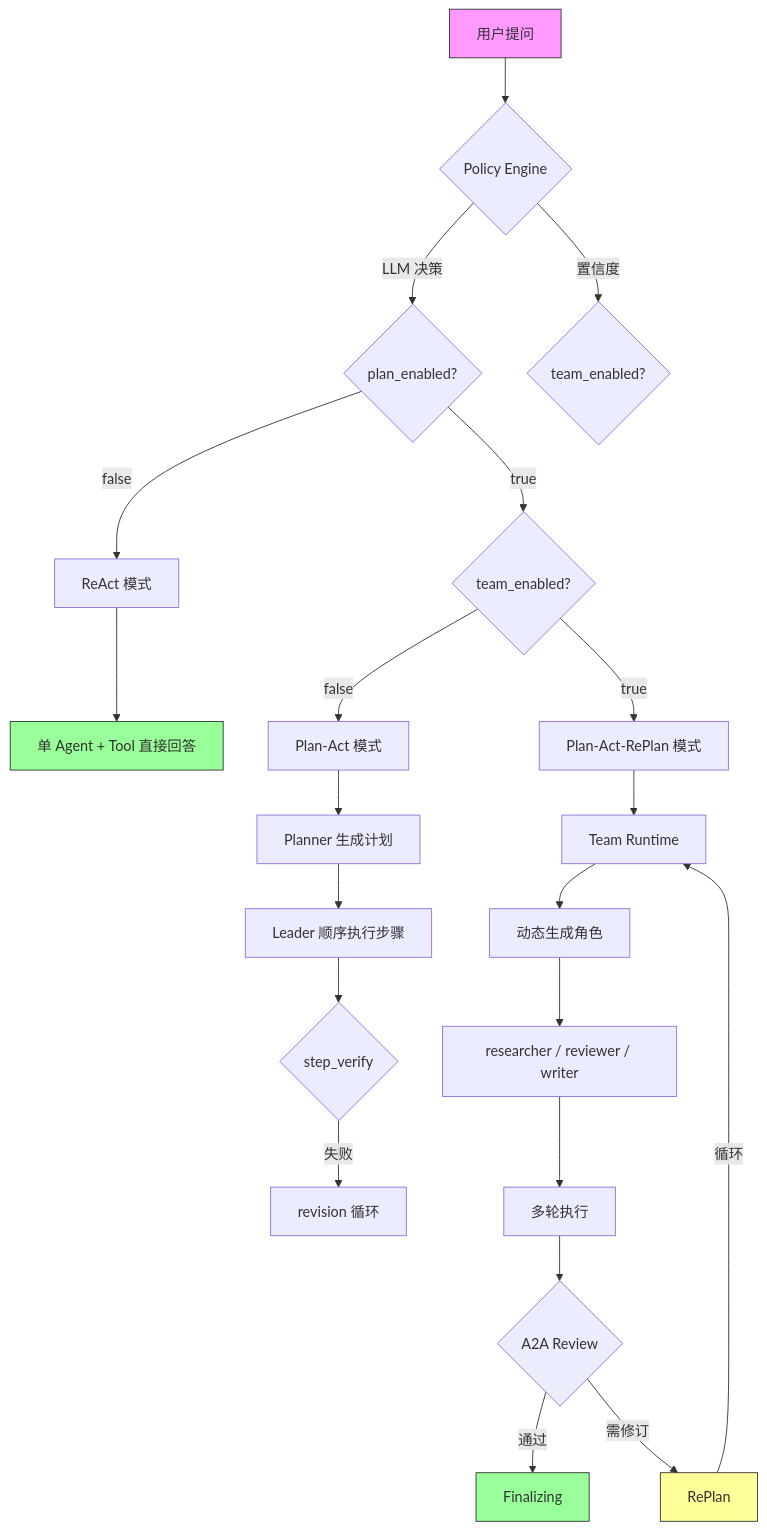
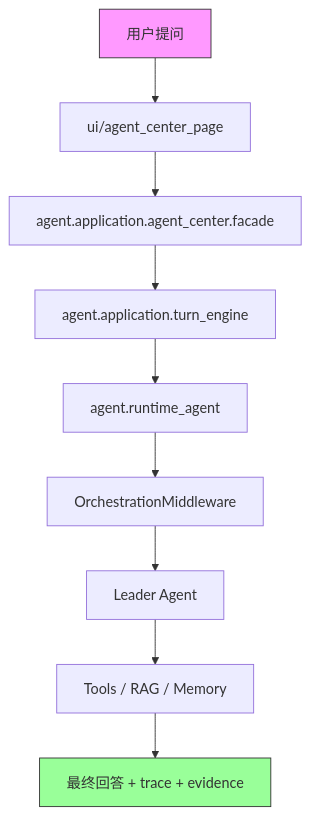
The first of 3 diagrams in README.md (0verL1nk/PaperSage), drawn with Mermaid before and after one commit. The commit also changed other lines of this file and 22 other files, not shown here.

````diff
--- a/README.md
+++ b/README.md
@@ -98,31 +98,14 @@
 ```mermaid
 flowchart TD
-    A[用户提问] --> B{Policy Engine}
-    B -->|LLM 决策| C{plan_enabled?}
-    B -->|置信度| D{team_enabled?}
-    
-    C -->|false| E[ReAct 模式]
-    E --> F[单 Agent + Tool 直接回答]
-    
-    C -->|true| G{team_enabled?}
-    G -->|false| H[Plan-Act 模式]
-    H --> I[Planner 生成计划]
-    I --> J[Leader 顺序执行步骤]
-    J --> K{step_verify}
-    K -->|失败| L[revision 循环]
-    
-    G -->|true| M[Plan-Act-RePlan 模式]
-    M --> N[Team Runtime]
-    N --> O[动态生成角色]
-    O --> P[researcher / reviewer / writer]
-    P --> Q[多轮执行]
-    Q --> R{A2A Review}
-    R -->|通过| S[Finalizing]
-    R -->|需修订| T[RePlan]
-    T -->|循环| N
-    
+    A[用户提问] --> B[ui/agent_center_page]
+    B --> C[agent.application.agent_center.facade]
+    C --> D[agent.application.turn_engine]
+    D --> E[agent.runtime_agent]
+    E --> F[OrchestrationMiddleware]
+    F --> G[Leader Agent]
+    G --> H[Tools / RAG / Memory]
+    H --> I[最终回答 + trace + evidence]
+
     style A fill:#f9f,stroke:#333
-    style F fill:#9f9,stroke:#333
-    style S fill:#9f9,stroke:#333
-    style T fill:#ff9,stroke:#333
+    style I fill:#9f9,stroke:#333
 ```
````
